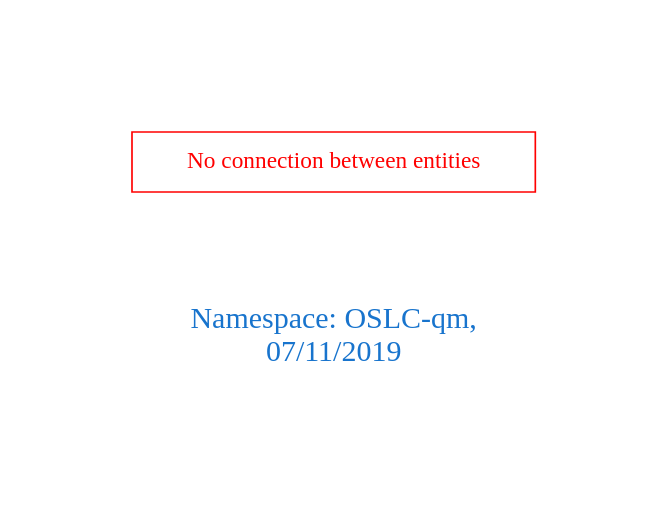
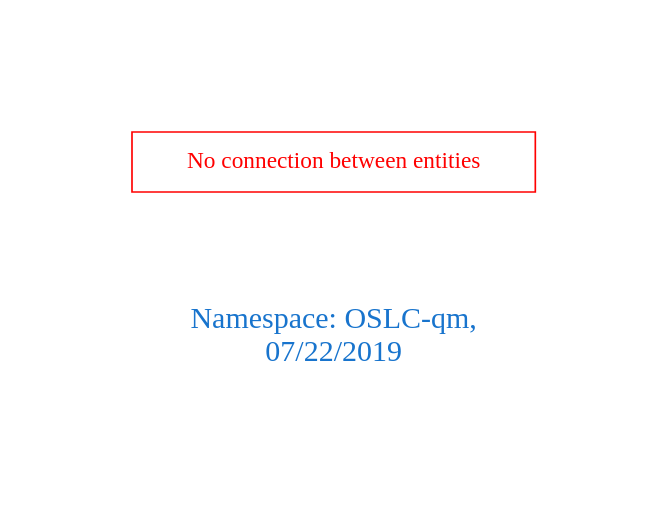
The diagram in downloads/OSLC-qm.dot (arago/OGIT), drawn with Graphviz before and after one commit. The commit also changed 1469 other files, not shown here.

```diff
--- a/downloads/OSLC-qm.dot
+++ b/downloads/OSLC-qm.dot
@@ -1,9 +1,9 @@
 digraph OGIT_ontology {
  graph [ rankdir= LR,pad=1 
 fontsize = 18,
-fontcolor= dodgerblue3,label = "\n\n\nNamespace: OSLC-qm, \n 07/11/2019"];
+fontcolor= dodgerblue3,label = "\n\n\nNamespace: OSLC-qm, \n 07/22/2019"];
 node[shape=polygon];
 edge [  color="gray81"];
 
 "No connection between entities" [fontcolor = "red",color="red", shape="polygon"]
 }
```
